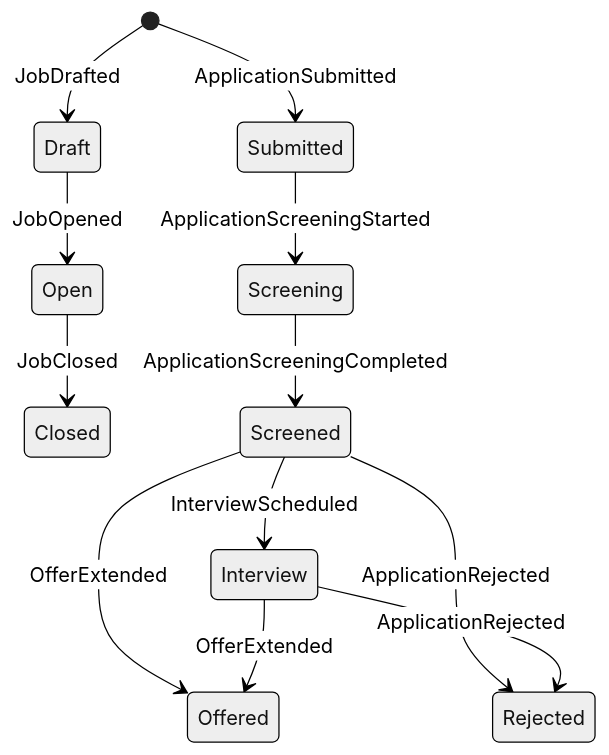
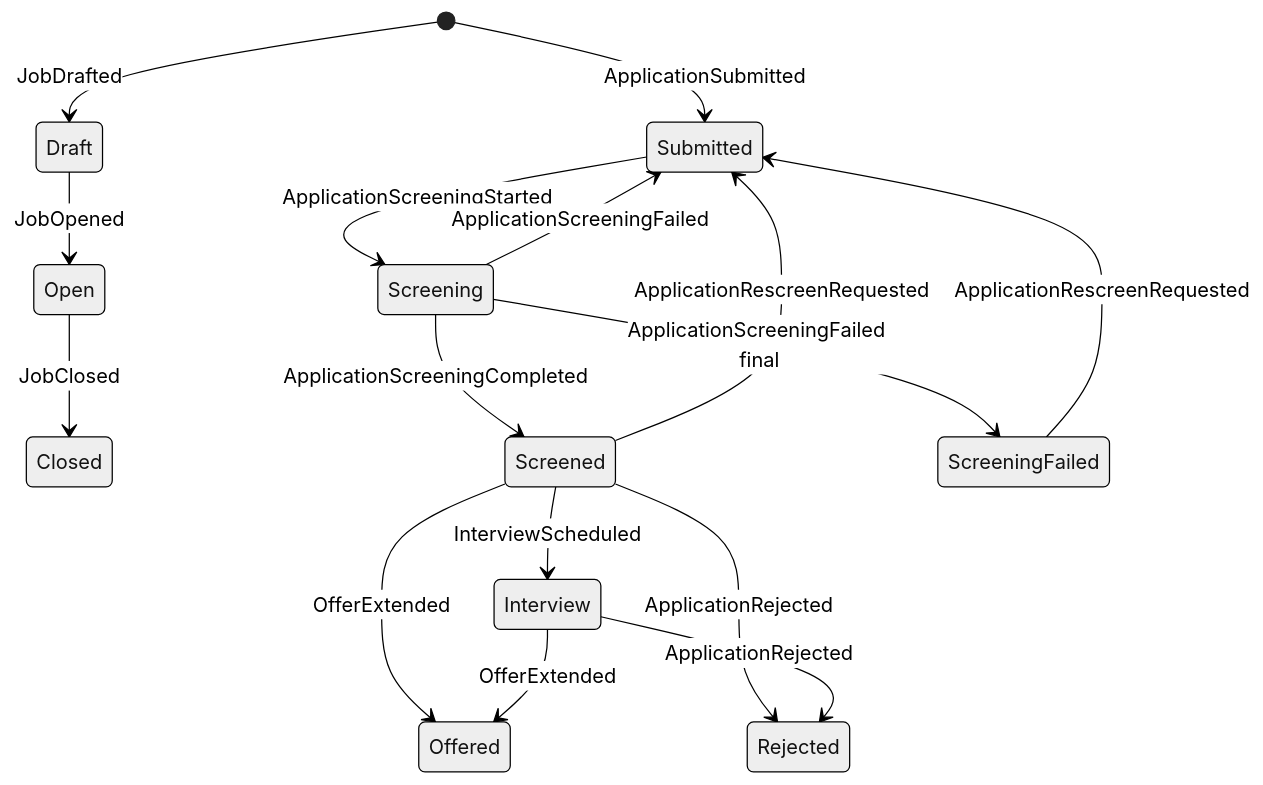
The diagram in docs/03-data-and-events.md (chanamerzel/AIproject), drawn with Mermaid (neutral theme) before and after one commit. The commit also changed other lines of this file and 20 other files, not shown here.

Commit message:
F9 candidate ranking, F10 rescreen with screening history, docs update and decisions doc

````diff
--- a/docs/03-data-and-events.md
+++ b/docs/03-data-and-events.md
@@ -46,15 +48,19 @@
 ```mermaid
 stateDiagram-v2
   [*] --> Draft: JobDrafted
   Draft --> Open: JobOpened
   Open --> Closed: JobClosed
 
   [*] --> Submitted: ApplicationSubmitted
   Submitted --> Screening: ApplicationScreeningStarted
   Screening --> Screened: ApplicationScreeningCompleted
+  Screening --> Submitted: ApplicationScreeningFailed
+  Screening --> ScreeningFailed: ApplicationScreeningFailed final
+  Screened --> Submitted: ApplicationRescreenRequested
+  ScreeningFailed --> Submitted: ApplicationRescreenRequested
   Screened --> Interview: InterviewScheduled
   Screened --> Rejected: ApplicationRejected
   Screened --> Offered: OfferExtended
   Interview --> Offered: OfferExtended
   Interview --> Rejected: ApplicationRejected
 ```
````
